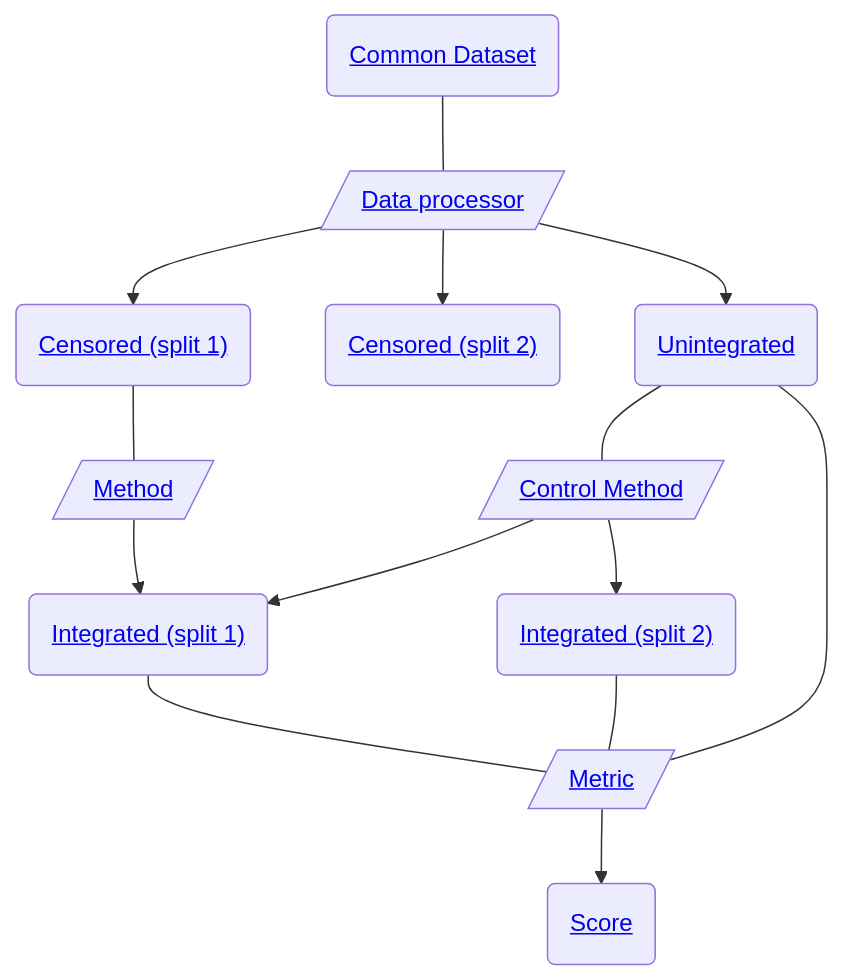
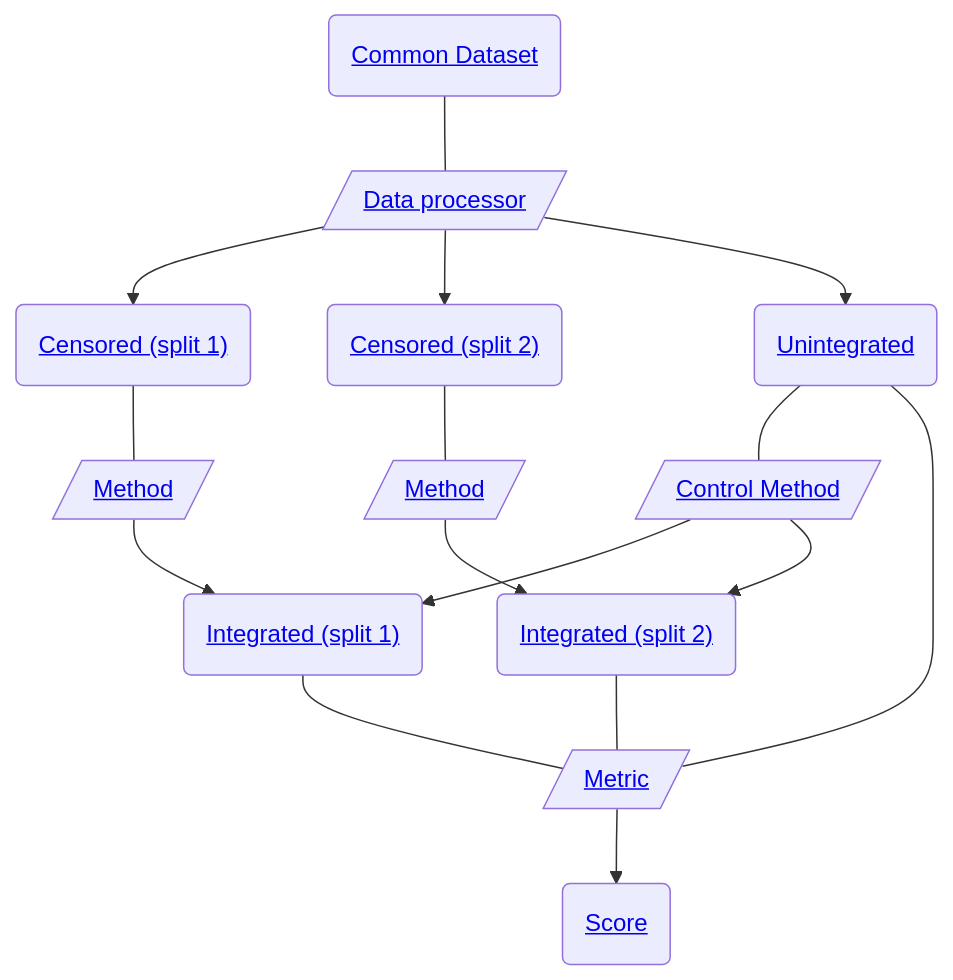
One commit to openproblems-bio/task_cyto_batch_integration changed the diagram in README.md. Above: the diagram before and after it, drawn with Mermaid. The commit also changed other lines of this file and 1 other file, not shown here.

````diff
--- a/README.md
+++ b/README.md
@@ -45,27 +45,30 @@
 ``` mermaid
 flowchart TB
   file_common_dataset("<a href='https://github.com/openproblems-bio/task_cyto_batch_integration#file-format-common-dataset'>Common Dataset</a>")
   comp_data_processor[/"<a href='https://github.com/openproblems-bio/task_cyto_batch_integration#component-type-data-processor'>Data processor</a>"/]
   file_censored_split1("<a href='https://github.com/openproblems-bio/task_cyto_batch_integration#file-format-censored--split-1-'>Censored (split 1)</a>")
   file_censored_split2("<a href='https://github.com/openproblems-bio/task_cyto_batch_integration#file-format-censored--split-2-'>Censored (split 2)</a>")
   file_unintegrated("<a href='https://github.com/openproblems-bio/task_cyto_batch_integration#file-format-unintegrated'>Unintegrated</a>")
   comp_method[/"<a href='https://github.com/openproblems-bio/task_cyto_batch_integration#component-type-method'>Method</a>"/]
+  comp_method_split2[/"<a href='https://github.com/openproblems-bio/task_cyto_batch_integration#component-type-method'>Method</a>"/]
   comp_control_method[/"<a href='https://github.com/openproblems-bio/task_cyto_batch_integration#component-type-control-method'>Control Method</a>"/]
   comp_metric[/"<a href='https://github.com/openproblems-bio/task_cyto_batch_integration#component-type-metric'>Metric</a>"/]
   file_integrated_split1("<a href='https://github.com/openproblems-bio/task_cyto_batch_integration#file-format-integrated--split-1-'>Integrated (split 1)</a>")
   file_integrated_split2("<a href='https://github.com/openproblems-bio/task_cyto_batch_integration#file-format-integrated--split-2-'>Integrated (split 2)</a>")
   file_score("<a href='https://github.com/openproblems-bio/task_cyto_batch_integration#file-format-score'>Score</a>")
   file_common_dataset---comp_data_processor
   comp_data_processor-->file_censored_split1
   comp_data_processor-->file_censored_split2
   comp_data_processor-->file_unintegrated
   file_censored_split1---comp_method
+  file_censored_split2---comp_method_split2
   file_unintegrated---comp_control_method
   file_unintegrated---comp_metric
   comp_method-->file_integrated_split1
+  comp_method_split2-->file_integrated_split2
   comp_control_method-->file_integrated_split1
   comp_control_method-->file_integrated_split2
   comp_metric-->file_score
   file_integrated_split1---comp_metric
   file_integrated_split2---comp_metric
 ```
````
